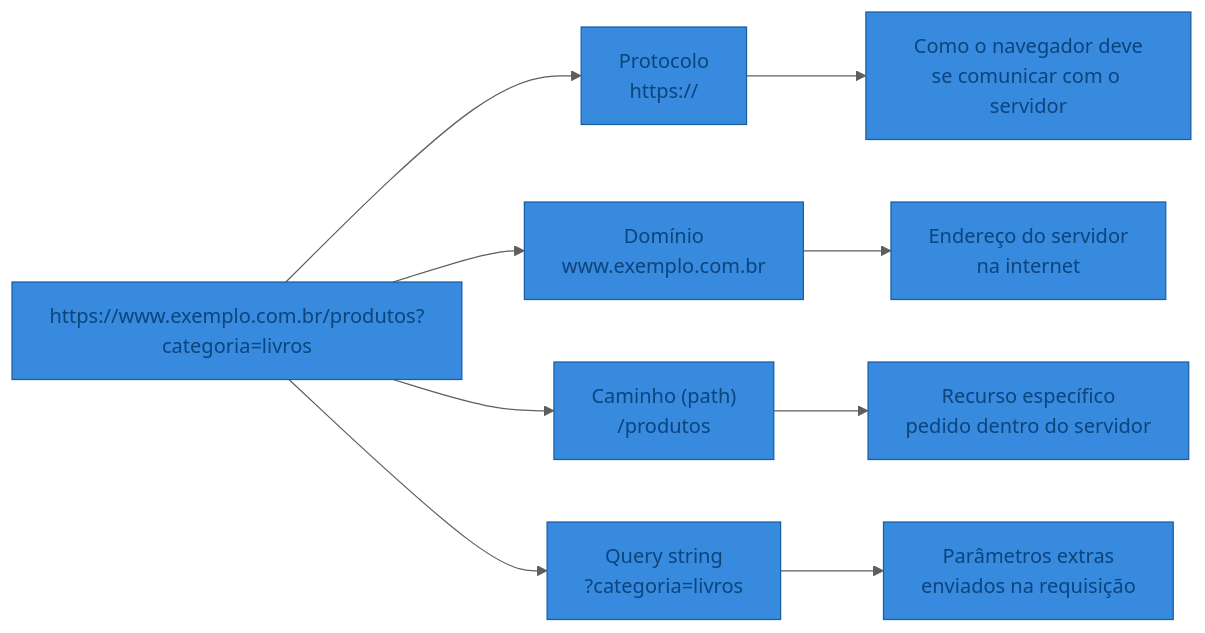
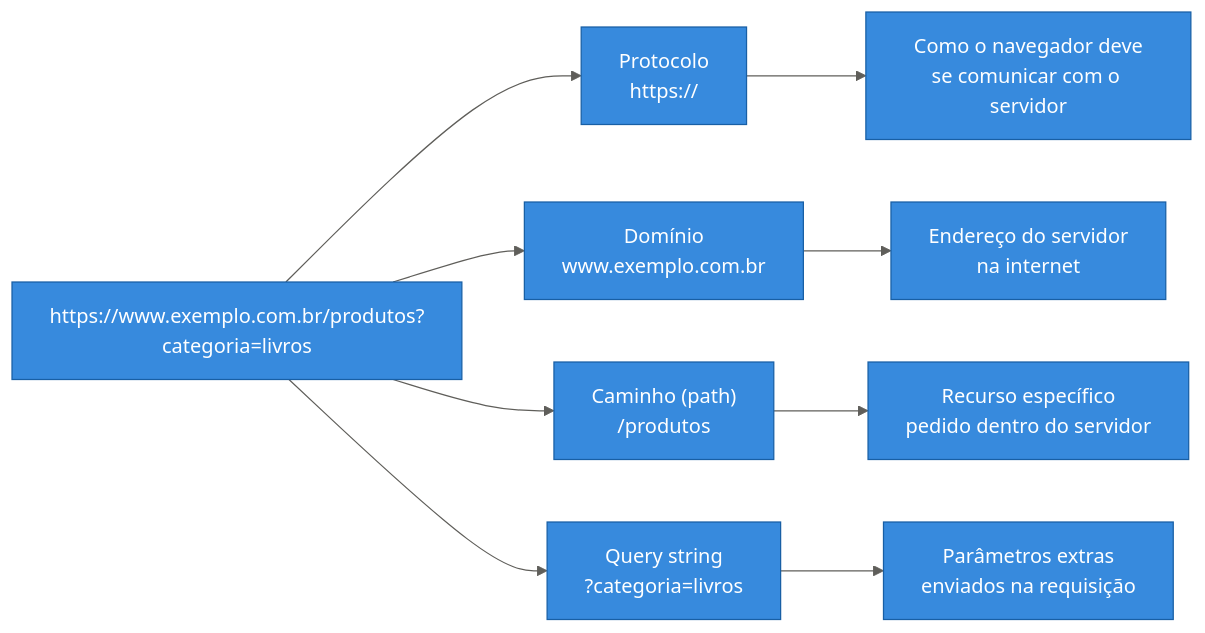
Before and after one commit to gustavocolombelli/uniguacu-web-dev: the second of 3 diagrams in uniguacu-web-dev/aula-01/aula-01.md, drawn with Mermaid. The commit also changed other lines of this file and 4 other files, not shown here.

First line of the commit message:
Corrige contraste de texto nos diagramas Mermaid

````diff
--- a/uniguacu-web-dev/aula-01/aula-01.md
+++ b/uniguacu-web-dev/aula-01/aula-01.md
@@ -98,21 +104,27 @@
 ```mermaid
 %%{init: {'theme':'base', 'themeVariables': {
   'primaryColor': '#378ADD',
-  'primaryTextColor': '#0C447C',
+  'primaryTextColor': '#FFFFFF',
   'primaryBorderColor': '#185FA5',
   'secondaryColor': '#D85A30',
-  'lineColor': '#5F5E5A'
+  'secondaryTextColor': '#FFFFFF',
+  'tertiaryTextColor': '#2C2C2A',
+  'lineColor': '#5F5E5A',
+  'textColor': '#2C2C2A',
+  'noteBkgColor': '#FFF6DA',
+  'noteTextColor': '#2C2C2A',
+  'noteBorderColor': '#D9B84A'
 }}}%%
 flowchart LR
     URL["https://www.exemplo.com.br/produtos?categoria=livros"]
 
     URL --> P["Protocolo<br/>https://"]
     URL --> D["Domínio<br/>www.exemplo.com.br"]
     URL --> C["Caminho (path)<br/>/produtos"]
     URL --> Q["Query string<br/>?categoria=livros"]
 
     P --> P1["Como o navegador deve<br/>se comunicar com o servidor"]
     D --> D1["Endereço do servidor<br/>na internet"]
     C --> C1["Recurso específico<br/>pedido dentro do servidor"]
     Q --> Q1["Parâmetros extras<br/>enviados na requisição"]
 ```
````
